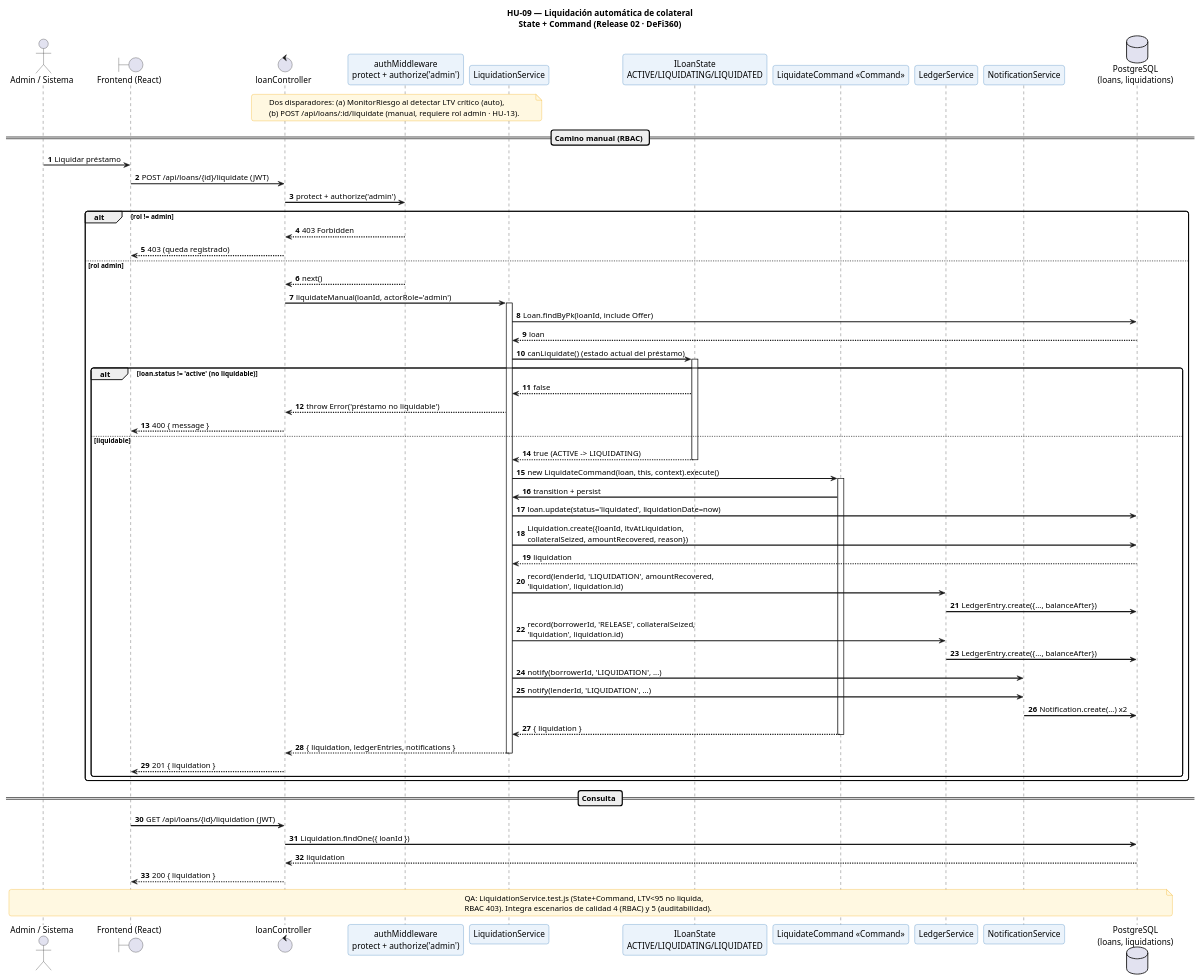
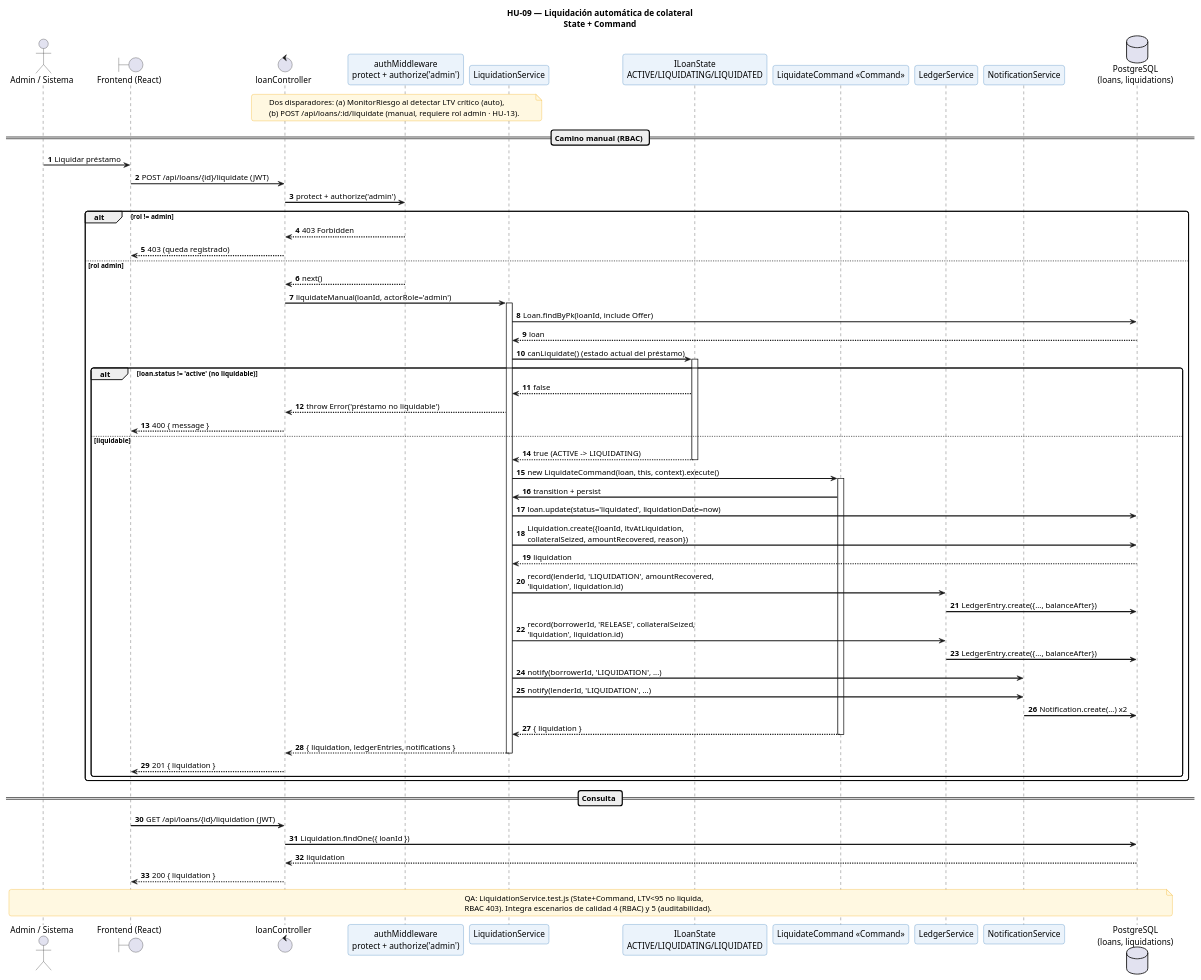
One commit to Brando-01/Software2 changed the diagram in Release 02/Diagramas/HU-09_Liquidacion_secuencia.puml. Above: the diagram before and after it, drawn with PlantUML. The commit also changed 13 other files, not shown here.

Commit message:
Resolucion de la HU09, respecto a la actualizacion de diagramas de secuencia y de clases, e implementacion de los states y commands

```diff
--- a/Release 02/Diagramas/HU-09_Liquidacion_secuencia.puml
+++ b/Release 02/Diagramas/HU-09_Liquidacion_secuencia.puml
@@ -1,89 +1,89 @@
 @startuml HU09_Liquidacion_secuencia
-title HU-09 — Liquidación automática de colateral\nState + Command (Release 02 · DeFi360)
+title HU-09 — Liquidación automática de colateral\nState + Command
 
 skinparam sequenceArrowThickness 2
 skinparam roundcorner 8
 skinparam sequenceParticipantBorderColor #2E75B6
 skinparam sequenceParticipantBackgroundColor #EBF3FB
 skinparam noteBorderColor #F0A500
 skinparam noteBackgroundColor #FFF8E1
 
 actor       "Admin / Sistema"                  as Admin
 boundary    "Frontend (React)"                 as UI
 control     "loanController"                   as LC
 participant "authMiddleware\nprotect + authorize('admin')" as MW
 participant "LiquidationService"               as LIQ
 participant "ILoanState\nACTIVE/LIQUIDATING/LIQUIDATED" as ST
 participant "LiquidateCommand <<Command>>"     as CMD
 participant "LedgerService"                    as LED
 participant "NotificationService"              as NTF
 database    "PostgreSQL\n(loans, liquidations)" as DB
 
 autonumber
 
 note over LC, LIQ
   Dos disparadores: (a) MonitorRiesgo al detectar LTV crítico (auto),
   (b) POST /api/loans/:id/liquidate (manual, requiere rol admin · HU-13).
 end note
 
 == Camino manual (RBAC) ==
 Admin -> UI : Liquidar préstamo
 UI -> LC : POST /api/loans/{id}/liquidate (JWT)
 LC -> MW : protect + authorize('admin')
 alt rol != admin
     MW --> LC : 403 Forbidden
     LC --> UI : 403 (queda registrado)
 else rol admin
     MW --> LC : next()
 
     LC -> LIQ : liquidateManual(loanId, actorRole='admin')
     activate LIQ
     LIQ -> DB : Loan.findByPk(loanId, include Offer)
     DB --> LIQ : loan
 
     LIQ -> ST : canLiquidate()  (estado actual del préstamo)
     activate ST
     alt loan.status != 'active' (no liquidable)
         ST --> LIQ : false
         LIQ --> LC : throw Error('préstamo no liquidable')
         LC --> UI : 400 { message }
     else liquidable
         ST --> LIQ : true (ACTIVE -> LIQUIDATING)
         deactivate ST
 
         LIQ -> CMD : new LiquidateCommand(loan, this, context).execute()
         activate CMD
         CMD -> LIQ : transition + persist
         LIQ -> DB : loan.update(status='liquidated', liquidationDate=now)
         LIQ -> DB : Liquidation.create({loanId, ltvAtLiquidation,\ncollateralSeized, amountRecovered, reason})
         DB --> LIQ : liquidation
 
         LIQ -> LED : record(lenderId, 'LIQUIDATION', amountRecovered,\n'liquidation', liquidation.id)
         LED -> DB : LedgerEntry.create({..., balanceAfter})
         LIQ -> LED : record(borrowerId, 'RELEASE', collateralSeized,\n'liquidation', liquidation.id)
         LED -> DB : LedgerEntry.create({..., balanceAfter})
 
         LIQ -> NTF : notify(borrowerId, 'LIQUIDATION', ...)
         LIQ -> NTF : notify(lenderId, 'LIQUIDATION', ...)
         NTF -> DB : Notification.create(...) x2
 
         CMD --> LIQ : { liquidation }
         deactivate CMD
         LIQ --> LC : { liquidation, ledgerEntries, notifications }
         deactivate LIQ
         LC --> UI : 201 { liquidation }
     end
 end
 
 == Consulta ==
 UI -> LC : GET /api/loans/{id}/liquidation (JWT)
 LC -> DB : Liquidation.findOne({ loanId })
 DB --> LC : liquidation
 LC --> UI : 200 { liquidation }
 
 note over Admin, DB
   QA: LiquidationService.test.js (State+Command, LTV<95 no liquida,
   RBAC 403). Integra escenarios de calidad 4 (RBAC) y 5 (auditabilidad).
 end note
 
 @enduml
```
